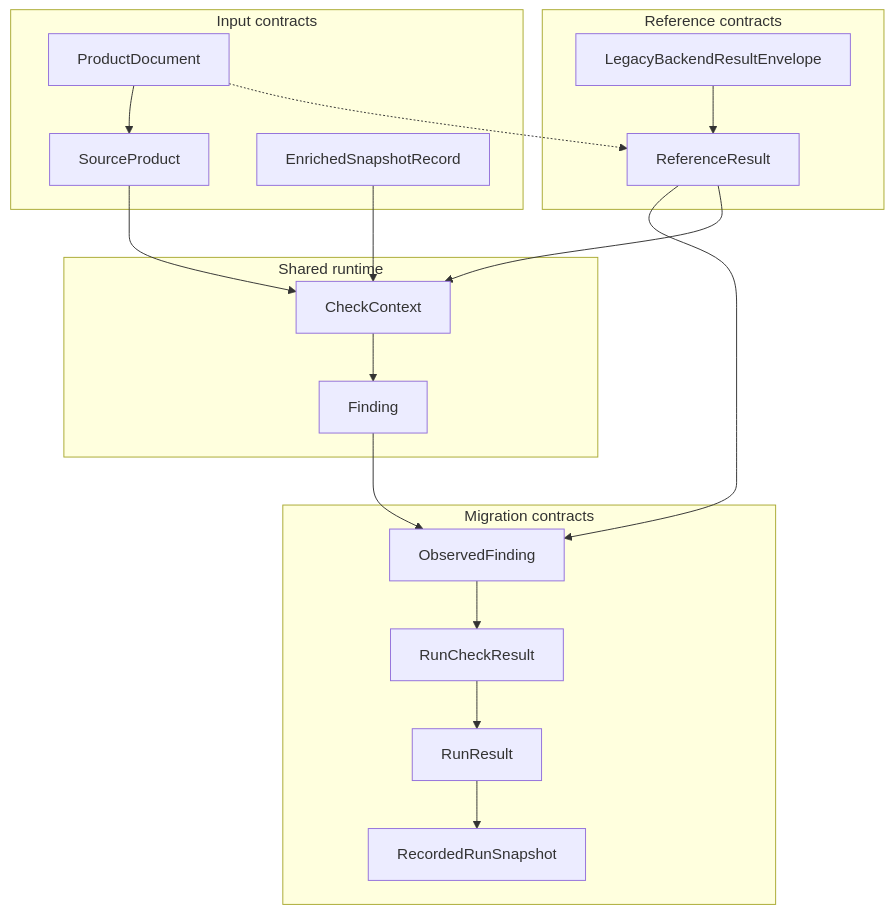
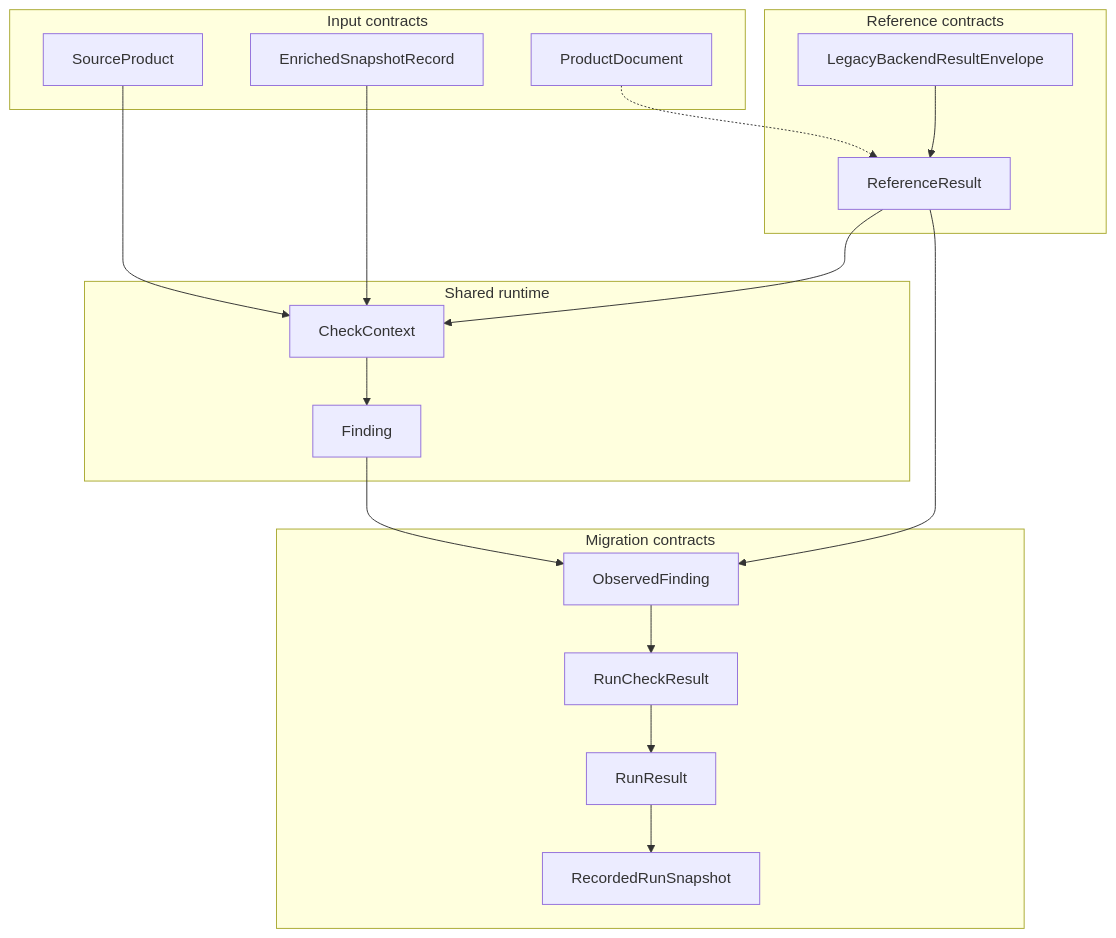
Before and after one commit to bobcorn/openfoodfacts-data-quality: the diagram in docs/reference/data-contracts.md, drawn with Mermaid. The commit also changed other lines of this file and 57 other files, not shown here.

````diff
--- a/docs/reference/data-contracts.md
+++ b/docs/reference/data-contracts.md
@@ -9,36 +9,35 @@
 ```mermaid
 flowchart TB
     subgraph REF["Reference contracts"]
         A["LegacyBackendResultEnvelope"]
         B["ReferenceResult"]
         A --> B
     end
 
     subgraph INPUTS["Input contracts"]
         D["SourceProduct"]
         E["EnrichedSnapshotRecord"]
         L["ProductDocument"]
     end
 
     subgraph RT["Shared runtime"]
         F["CheckContext"]
         G["Finding"]
         F --> G
     end
 
     subgraph APP["Migration contracts"]
         H["ObservedFinding"]
         I["RunCheckResult"]
         J["RunResult"]
         K["RecordedRunSnapshot"]
         H --> I --> J --> K
     end
 
     D --> F
     E --> F
-    L --> D
     L -.-> B
     B --> H
     B --> F
     G --> H
 ```
````
